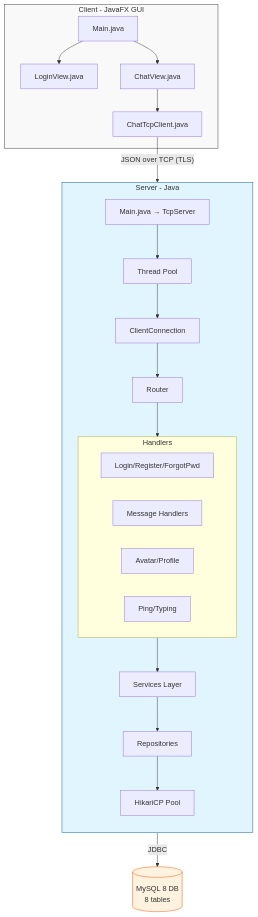
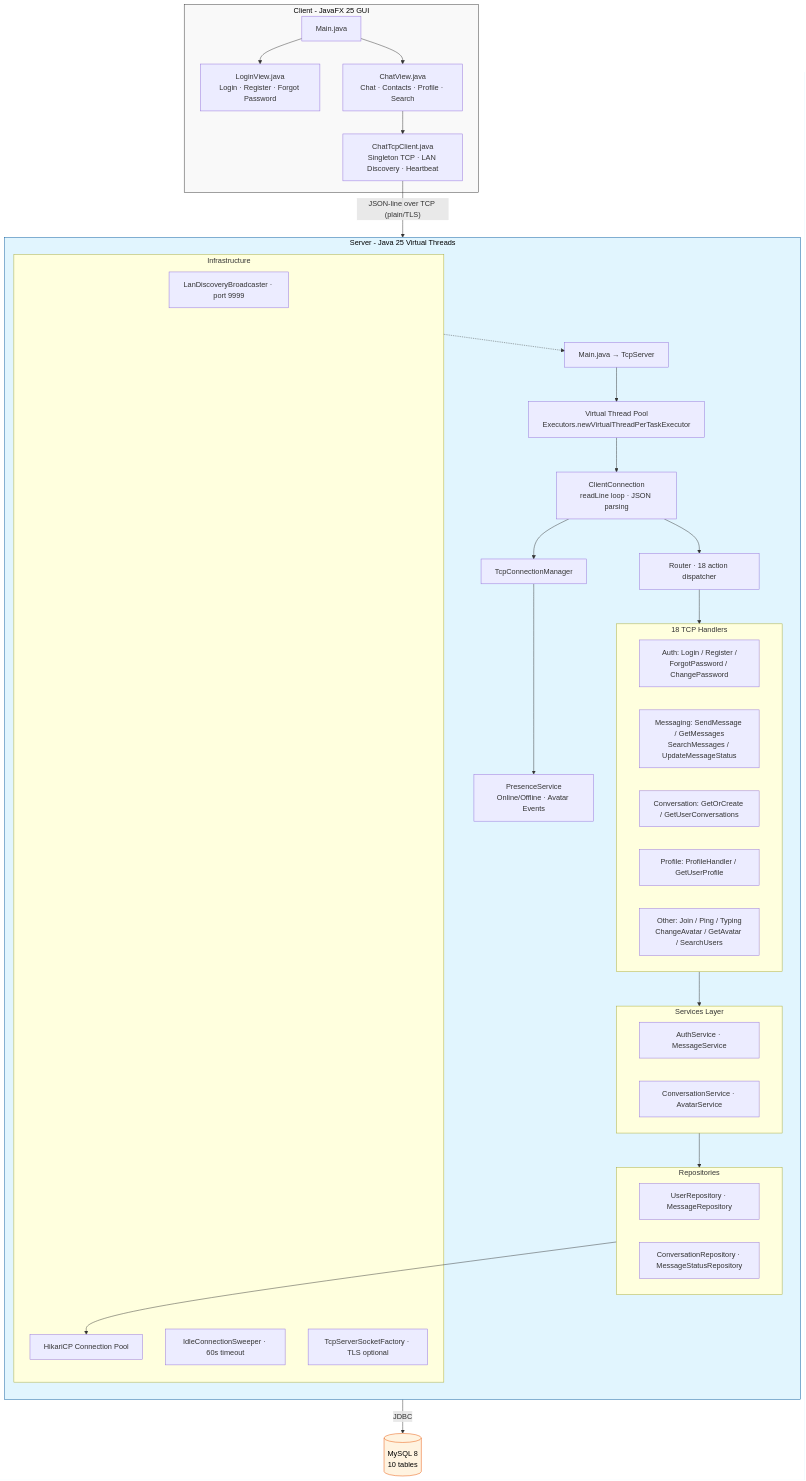
One commit to ThaiDevv/sinchat-network-programming changed the diagram in README.md. Above: the diagram before and after it, drawn with Mermaid. The commit also changed other lines of this file, not shown here.

````diff
--- a/README.md
+++ b/README.md
@@ -80,48 +96,65 @@
 ```mermaid
 graph TD
     %% Client Layer
-    subgraph Client [Client - JavaFX GUI]
+    subgraph Client [Client - JavaFX 25 GUI]
         MainC[Main.java]
-        LoginV[LoginView.java]
-        ChatV[ChatView.java]
-        TcpC[ChatTcpClient.java]
+        LoginV[LoginView.java<br/>Login · Register · Forgot Password]
+        ChatV[ChatView.java<br/>Chat · Contacts · Profile · Search]
+        TcpC[ChatTcpClient.java<br/>Singleton TCP · LAN Discovery · Heartbeat]
         
         MainC --> LoginV & ChatV
         ChatV --> TcpC
     end
 
     %% Connection
-    TcpC -- "JSON over TCP (TLS)" --> Server
+    TcpC -- "JSON-line over TCP (plain/TLS)" --> Server
 
     %% Server Layer
-    subgraph Server [Server - Java]
+    subgraph Server [Server - Java 25 Virtual Threads]
         direction TB
         MainS[Main.java → TcpServer]
-        Pool[Thread Pool]
-        Conn[ClientConnection]
-        Router[Router]
+        VT[Virtual Thread Pool<br/>Executors.newVirtualThreadPerTaskExecutor]
+        Conn[ClientConnection<br/>readLine loop · JSON parsing]
+        Router[Router · 18 action dispatcher]
+        Presence[PresenceService<br/>Online/Offline · Avatar Events]
         
-        subgraph Handlers [Handlers]
-            H1[Login/Register/ForgotPwd]
-            H2[Message Handlers]
-            H3[Avatar/Profile]
-            H4[Ping/Typing]
+        subgraph Handlers [18 TCP Handlers]
+            H1[Auth: Login / Register /<br/>ForgotPassword / ChangePassword]
+            H2[Messaging: SendMessage / GetMessages<br/>SearchMessages / UpdateMessageStatus]
+            H3[Conversation: GetOrCreate / GetUserConversations]
+            H4[Profile: ProfileHandler / GetUserProfile]
+            H5[Other: Join / Ping / Typing<br/>ChangeAvatar / GetAvatar / SearchUsers]
         end
         
-        Services[Services Layer]
-        Repo[Repositories]
-        Hikari[HikariCP Pool]
+        subgraph Services [Services Layer]
+            S1[AuthService · MessageService]
+            S2[ConversationService · AvatarService]
+        end
         
-        MainS --> Pool --> Conn --> Router
+        subgraph Repo [Repositories]
+            R1[UserRepository · MessageRepository]
+            R2[ConversationRepository · MessageStatusRepository]
+        end
+        
+        subgraph Infra [Infrastructure]
+            I1[LanDiscoveryBroadcaster · port 9999]
+            I2[IdleConnectionSweeper · 60s timeout]
+            I3[TcpServerSocketFactory · TLS optional]
+            Hikari[HikariCP Connection Pool]
+        end
+        
+        MainS --> VT --> Conn --> Router
         Router --> Handlers
+        Conn --> TcpConnectionManager
+        TcpConnectionManager --> Presence
         Handlers --> Services --> Repo --> Hikari
+        Infra -.-> MainS
     end
 
     %% Database
-    Hikari -- "JDBC" --> DB[(MySQL 8 DB<br/>8 tables)]
+    Hikari -- "JDBC" --> DB[(MySQL 8<br/>10 tables)]
 
-    %% Styling
-    style Client fill:#f9f9f9,stroke:#333
-    style Server fill:#e1f5fe,stroke:#01579b
-    style DB fill:#fff3e0,stroke:#e65100
+    style Client fill:#f9f9f9,stroke:#333,color:#000
+    style Server fill:#e1f5fe,stroke:#01579b,color:#000
+    style DB fill:#fff3e0,stroke:#e65100,color:#000
 ```
````
